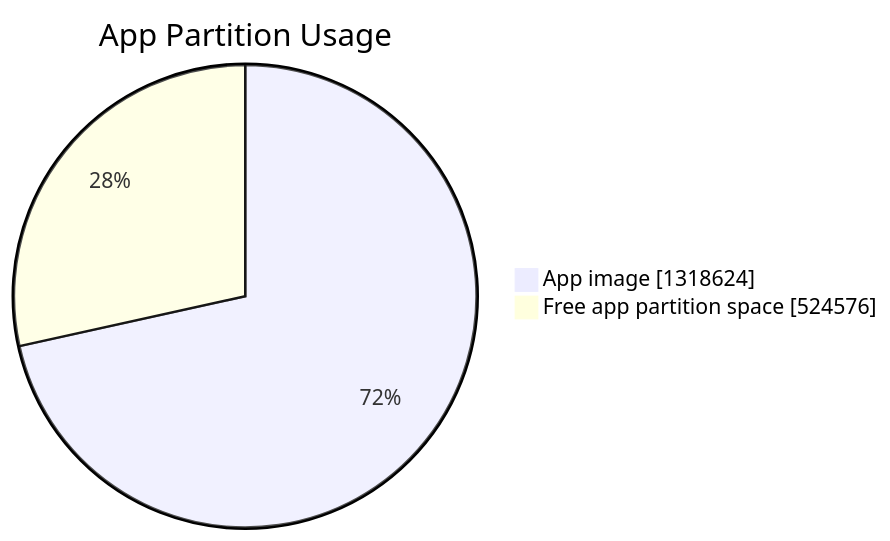
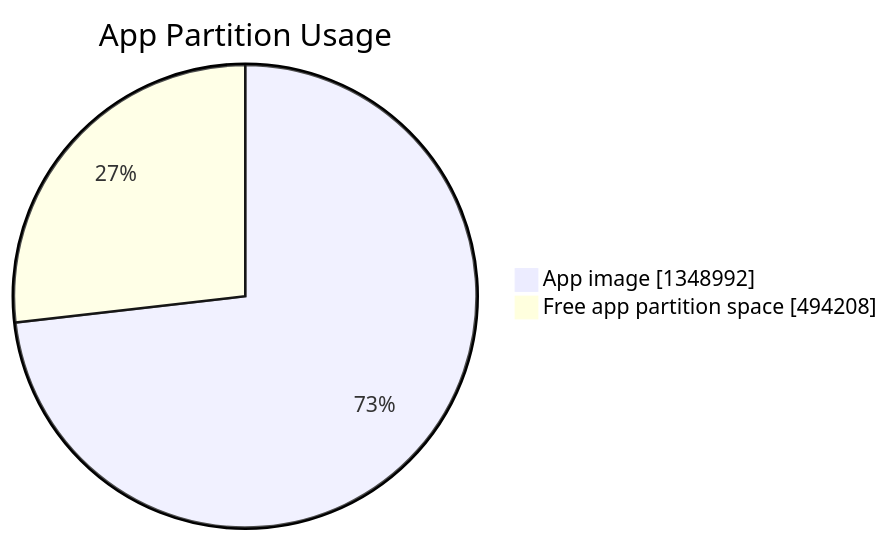
Before and after one commit to marcelpetrick/esp32-fever-dream: the first of 2 diagrams in documents/firmware_breakdown.md, drawn with Mermaid. The commit also changed other lines of this file and 4 other files, not shown here.

````diff
--- a/documents/firmware_breakdown.md
+++ b/documents/firmware_breakdown.md
@@ -16,6 +17,6 @@
 ```mermaid
 pie showData
     title App Partition Usage
-    "App image" : 1318624
-    "Free app partition space" : 524576
+    "App image" : 1348992
+    "Free app partition space" : 494208
 ```
````
